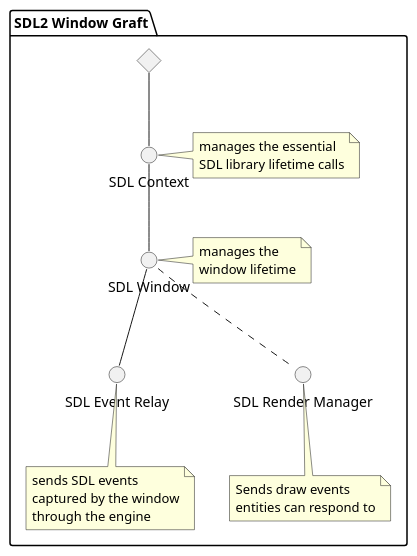
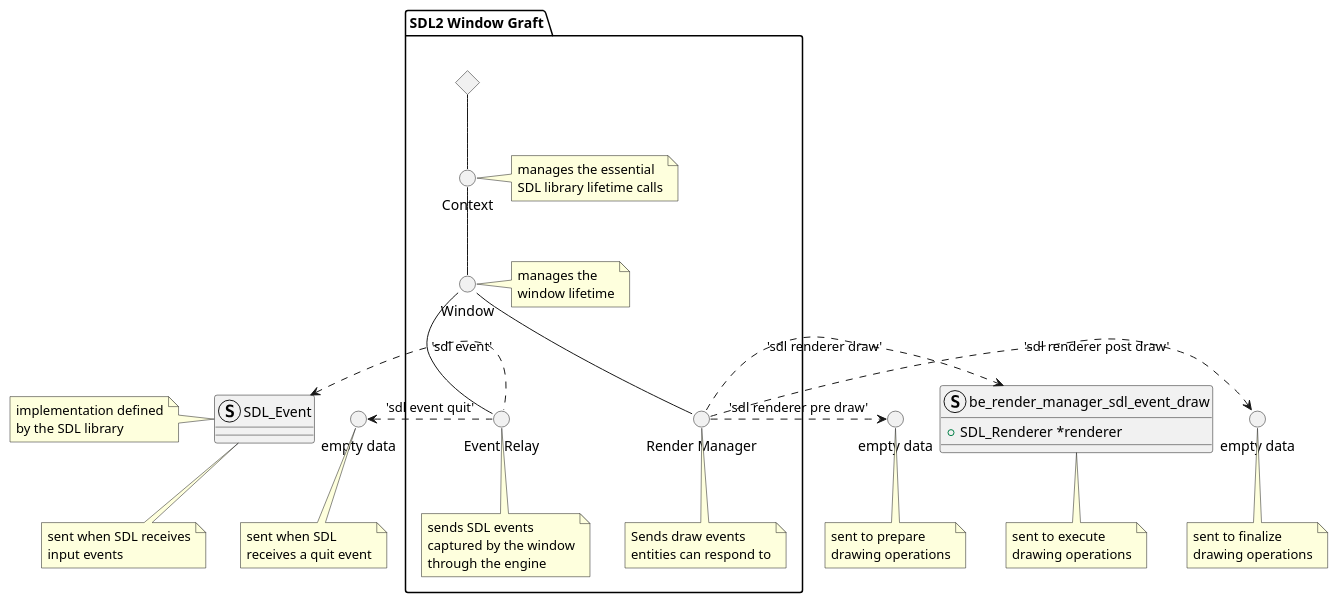
Before and after one commit to Belagir/basilisk: the diagram in doc/graft-sdl2-window.puml, drawn with PlantUML. The commit also changed 1 other file, not shown here.

Commit message:
documentation for sdl window graft

```diff
--- a/doc/graft-sdl2-window.puml
+++ b/doc/graft-sdl2-window.puml
@@ -1,26 +1,47 @@
 @startuml SDL window graft
 
 
 package SDL2_Window_Graft as "SDL2 Window Graft" {
     <> root
 
-    () SDL as "SDL Context"
-    note right of SDL : manages the essential\nSDL library lifetime calls
+    () Context as "Context"
+    note right of Context : manages the essential\nSDL library lifetime calls
 
-    () SDL_Window as "SDL Window"
-    note right of SDL_Window : manages the\nwindow lifetime
+    () Window as "Window"
+    note right of Window : manages the\nwindow lifetime
 
-    () SDL_Event as "SDL Event Relay"
-    note bottom of SDL_Event : sends SDL events\ncaptured by the window\nthrough the engine
+    () Event_Relay as "Event Relay"
+    note bottom of Event_Relay : sends SDL events\ncaptured by the window\nthrough the engine
 
-    () Render_Manager as "SDL Render Manager"
+    () Render_Manager as "Render Manager"
     note bottom of Render_Manager : Sends draw events\nentities can respond to
 
-    root -down- SDL
-        SDL -down- SDL_Window
-            SDL_Window -down- SDL_Event
-            SDL_Window .down. Render_Manager
+    root -down- Context
+        Context -down- Window
+            Window -down- Event_Relay
+            Window -down- Render_Manager
 }
 
+struct SDL_Event { }
+note left of SDL_Event : implementation defined\nby the SDL library
+note bottom of SDL_Event : sent when SDL receives\ninput events
+() Event_Quit as "empty data"
+note bottom of Event_Quit : sent when SDL\nreceives a quit event
+
+Event_Relay .left.> Event_Quit : 'sdl event quit'
+Event_Relay .left.> SDL_Event : 'sdl event'
+
+() Render_Manager_Event_PreDraw as "empty data"
+note bottom of Render_Manager_Event_PreDraw : sent to prepare\ndrawing operations
+struct Render_Manager_Event_Draw as "be_render_manager_sdl_event_draw" {
+    + SDL_Renderer *renderer
+}
+note bottom of Render_Manager_Event_Draw : sent to execute\ndrawing operations
+() Render_Manager_Event_PostDraw as "empty data"
+note bottom of Render_Manager_Event_PostDraw : sent to finalize\ndrawing operations
+
+Render_Manager .right.> Render_Manager_Event_PreDraw : 'sdl renderer pre draw'
+Render_Manager .right.> Render_Manager_Event_Draw : 'sdl renderer draw'
+Render_Manager .right.> Render_Manager_Event_PostDraw : 'sdl renderer post draw'
 
 @enduml
```
